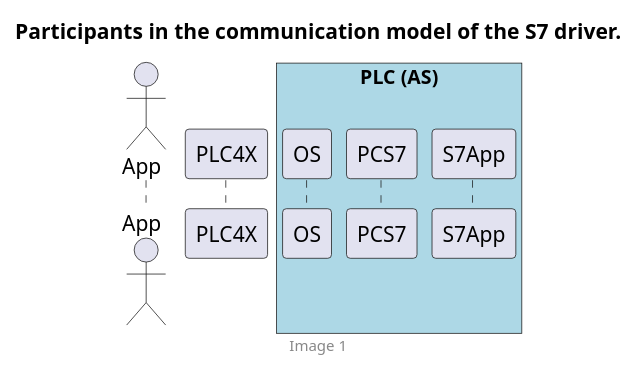
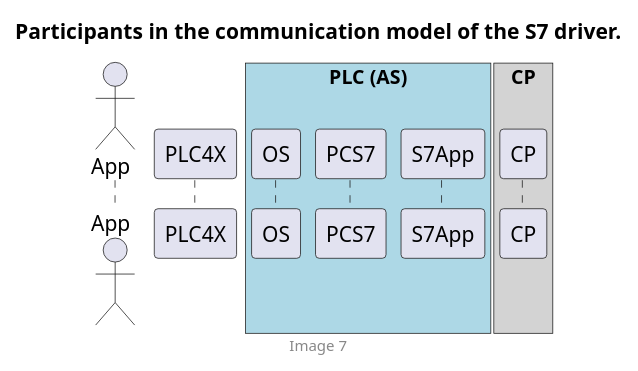
The seventh of 8 diagrams in src/site/asciidoc/users/protocols/s7.adoc (apache/plc4x), drawn with PlantUML before and after one commit. The commit also changed other lines of this file and 47 other files, not shown here.

```diff
--- a/src/site/asciidoc/users/protocols/s7.adoc
+++ b/src/site/asciidoc/users/protocols/s7.adoc
@@ -1028,14 +1039,19 @@
-[plantuml, target="image01", format=png, align="center"]
+[plantuml, target="../../image07", format=png, align="center"]
 ....
 autonumber "<b>(00)"
 title Participants in the communication model of the S7 driver.
-footer Image 1
+footer Image 7
 
 actor App
 participant PLC4X
 box "PLC (AS)" #LightBlue
 participant OS
 participant PCS7
 participant S7App
 endbox
+
+box "CP" #LightGray
+participant CP
+endbox
+
 ....
```
